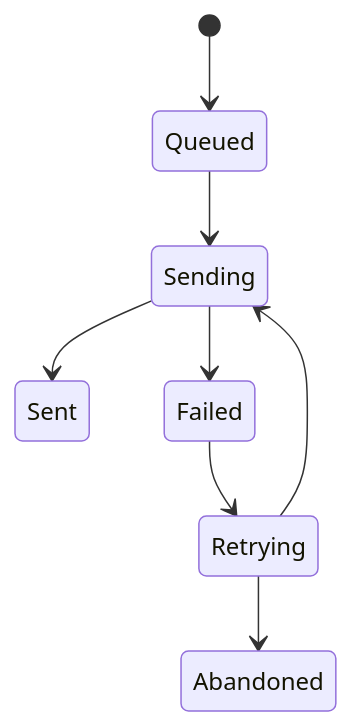
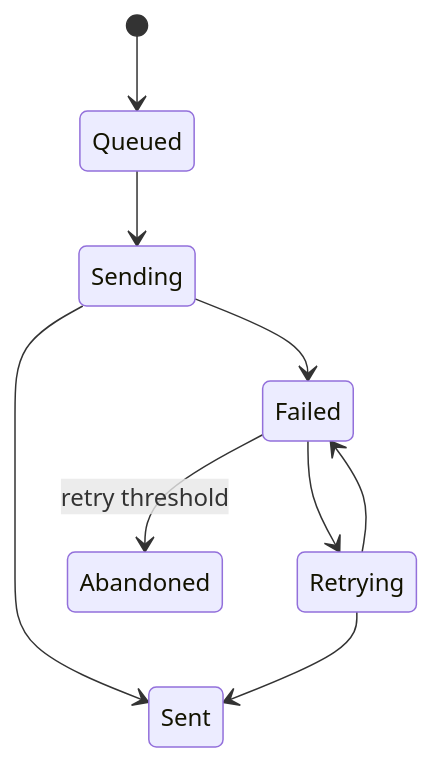
One commit to zaighaumrana/lab-software changed the sixth of 13 diagrams in docs/03_Core_Domain_Design.md. Above: the diagram before and after it, drawn with Mermaid. The commit also changed other lines of this file, not shown here.

````diff
--- a/docs/03_Core_Domain_Design.md
+++ b/docs/03_Core_Domain_Design.md
@@ -255,10 +544,11 @@
 ```mermaid
 stateDiagram-v2
     [*] --> Queued
     Queued --> Sending
     Sending --> Sent
     Sending --> Failed
     Failed --> Retrying
-    Retrying --> Sending
-    Retrying --> Abandoned
+    Retrying --> Sent
+    Retrying --> Failed
+    Failed --> Abandoned: retry threshold
 ```
````
